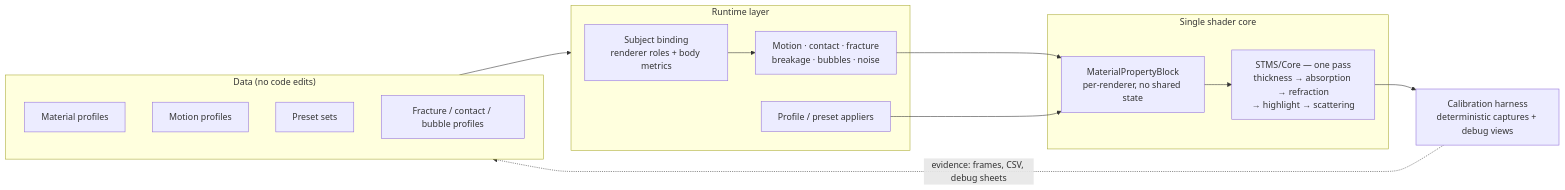
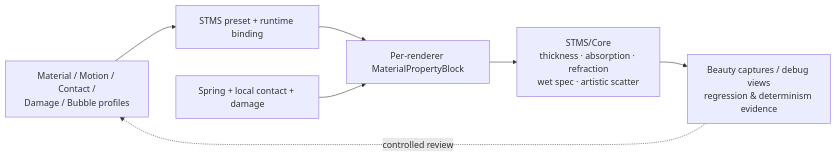
The diagram in README.md (lilith-techart/SoftMatter-STMS), drawn with Mermaid before and after one commit. The commit also changed other lines of this file and 4 other files, not shown here.

Commit message:
docs(showcase): art-direct STMS gallery and publish honest M1-H visual review

````diff
--- a/README.md
+++ b/README.md
@@ -47,30 +100,9 @@
 ```mermaid
 flowchart LR
-  subgraph Authoring["Data (no code edits)"]
-    P[Material profiles]
-    M[Motion profiles]
-    S[Preset sets]
-    F[Fracture / contact / bubble profiles]
-  end
-
-  subgraph Runtime["Runtime layer"]
-    B[Subject binding<br/>renderer roles + body metrics]
-    C[Motion · contact · fracture<br/>breakage · bubbles · noise]
-    A[Profile / preset appliers]
-  end
-
-  subgraph Render["Single shader core"]
-    SH[STMS/Core — one pass<br/>thickness → absorption → refraction<br/>→ highlight → scattering]
-    MPB[MaterialPropertyBlock<br/>per-renderer, no shared state]
-  end
-
-  H[Calibration harness<br/>deterministic captures + debug views]
-
-  Authoring --> Runtime
-  B --> C
-  C --> MPB
-  A --> MPB
-  MPB --> SH
-  SH --> H
-  H -.->|"evidence: frames, CSV, debug sheets"| Authoring
+  A["Material / Motion / Contact /<br/>Damage / Bubble profiles"] --> P["STMS preset + runtime binding"]
+  P --> MPB["Per-renderer MaterialPropertyBlock"]
+  MPB --> SH["STMS/Core<br/>thickness · absorption · refraction<br/>wet spec · artistic scatter"]
+  R["Spring + local contact + damage"] --> MPB
+  SH --> E["Beauty captures / debug views<br/>regression & determinism evidence"]
+  E -.->|controlled review| A
 ```
````
